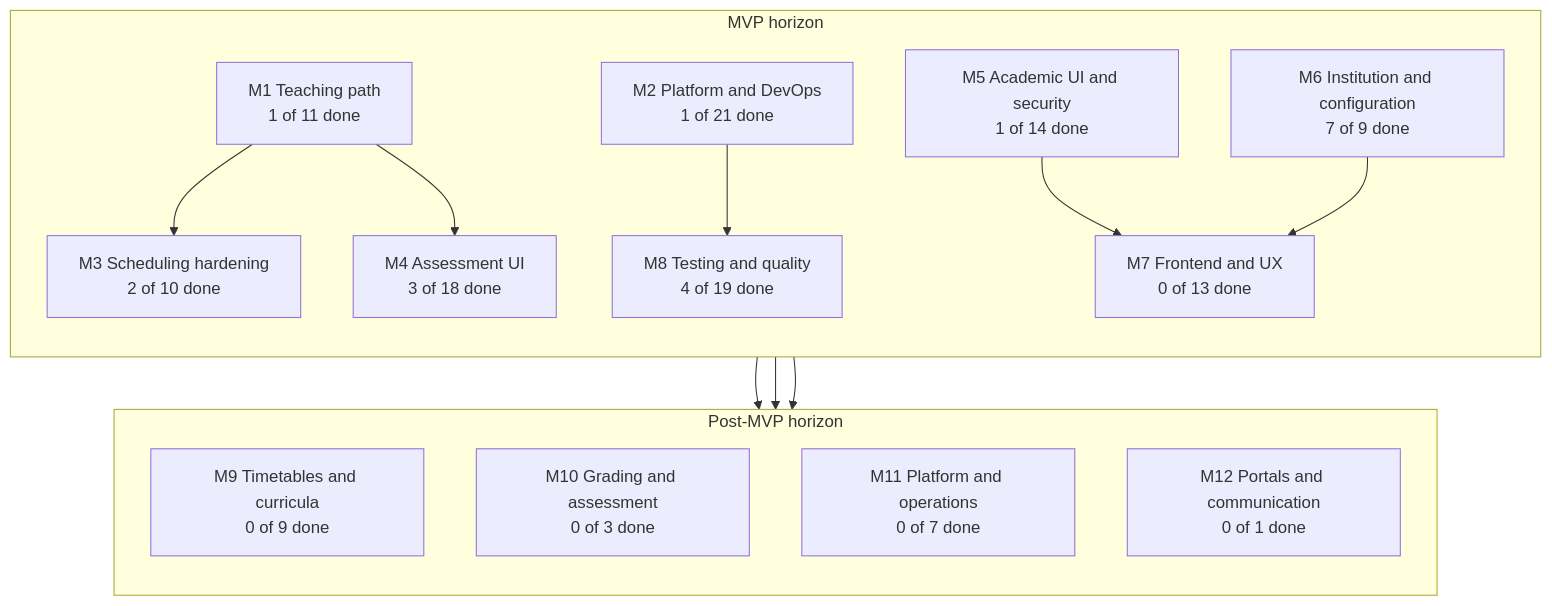
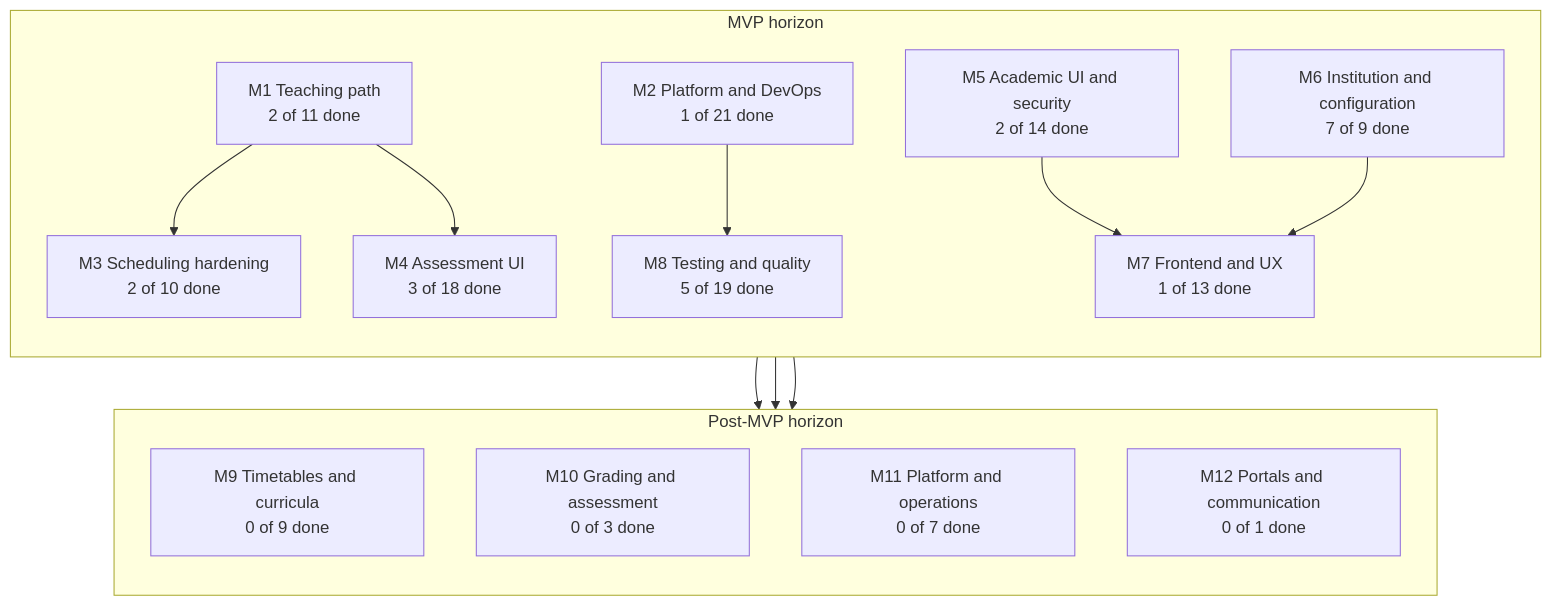
One commit to DEV-L3-MISA-2026/DESS changed the diagram in docs/roadmap/milestones.mmd. Above: the diagram before and after it, drawn with Mermaid. The commit also changed 2 other files, not shown here.

Commit message:
docs(roadmap): count tasks finished by the 24 November merges

```diff
--- a/docs/roadmap/milestones.mmd
+++ b/docs/roadmap/milestones.mmd
@@ -1,29 +1,29 @@
 flowchart TB
     subgraph MVP["MVP horizon"]
         direction TB
-        M1["M1 Teaching path<br/>1 of 11 done"]
+        M1["M1 Teaching path<br/>2 of 11 done"]
         M2["M2 Platform and DevOps<br/>1 of 21 done"]
         M3["M3 Scheduling hardening<br/>2 of 10 done"]
         M4["M4 Assessment UI<br/>3 of 18 done"]
-        M5["M5 Academic UI and security<br/>1 of 14 done"]
+        M5["M5 Academic UI and security<br/>2 of 14 done"]
         M6["M6 Institution and configuration<br/>7 of 9 done"]
-        M7["M7 Frontend and UX<br/>0 of 13 done"]
-        M8["M8 Testing and quality<br/>4 of 19 done"]
+        M7["M7 Frontend and UX<br/>1 of 13 done"]
+        M8["M8 Testing and quality<br/>5 of 19 done"]
     end
 
     subgraph POST["Post-MVP horizon"]
         direction TB
         M9["M9 Timetables and curricula<br/>0 of 9 done"]
         M10["M10 Grading and assessment<br/>0 of 3 done"]
         M11["M11 Platform and operations<br/>0 of 7 done"]
         M12["M12 Portals and communication<br/>0 of 1 done"]
     end
 
     M1 --> M3
     M1 --> M4
     M2 --> M8
     M3 --> M9
     M4 --> M10
     M5 --> M7
     M6 --> M7
     M8 --> M11
```
